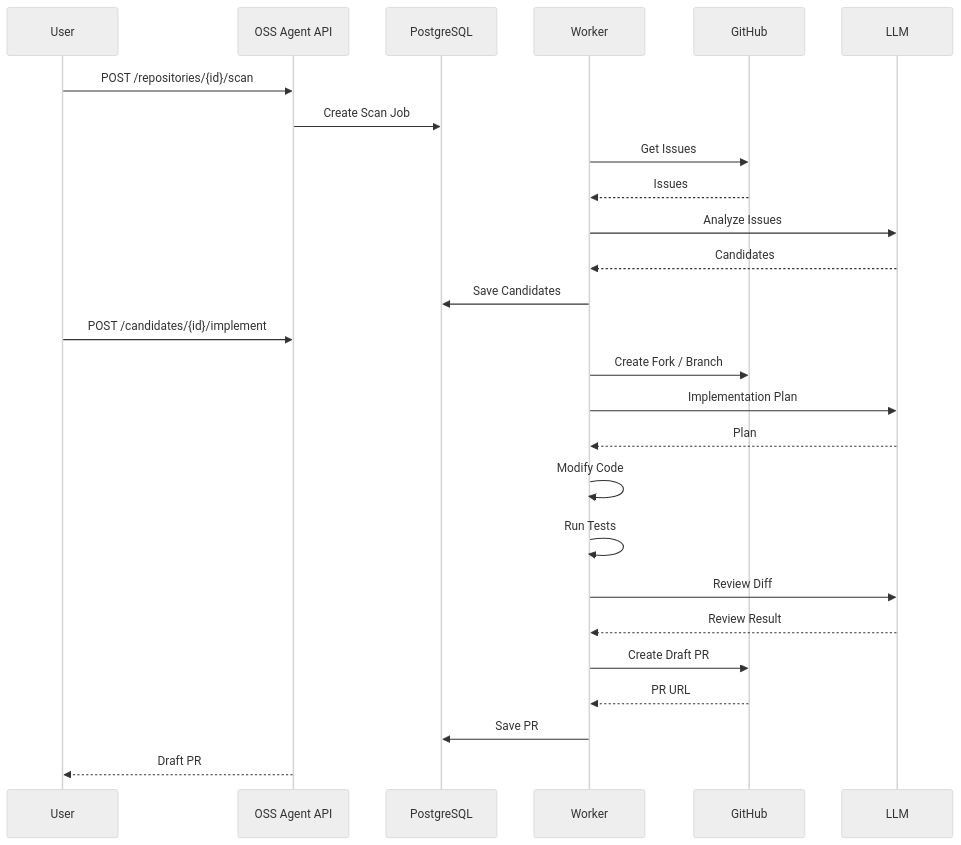
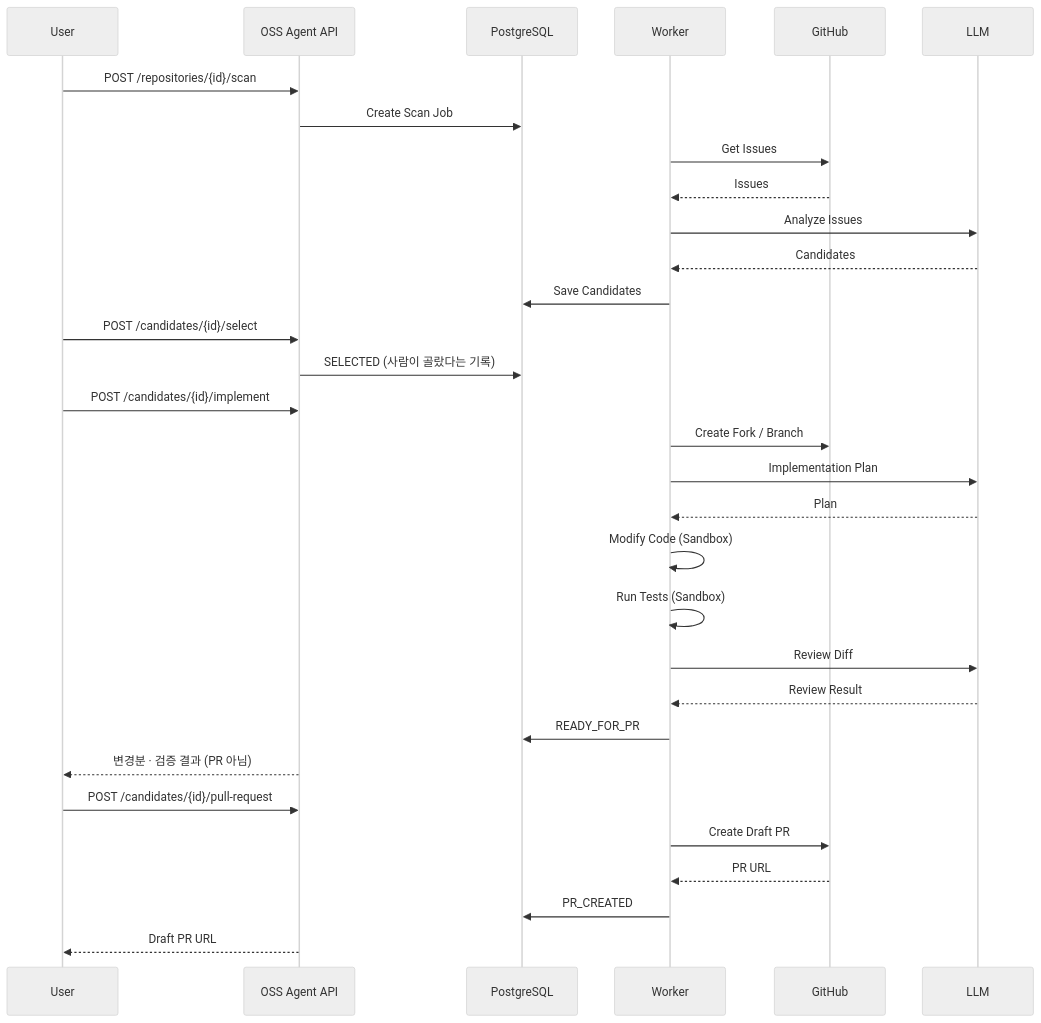
Diagram 22 of 32 in docs/ai-oss-contributor-agent-prd.md (smileboy0014/ai-oss-contributor-agent), drawn with Mermaid (neutral theme) before and after one commit. The commit also changed other lines of this file, not shown here.

````diff
--- a/docs/ai-oss-contributor-agent-prd.md
+++ b/docs/ai-oss-contributor-agent-prd.md
@@ -630,30 +644,37 @@
 ```mermaid
 sequenceDiagram
     participant U as User
     participant API as OSS Agent API
     participant DB as PostgreSQL
     participant W as Worker
     participant GH as GitHub
     participant LLM as LLM
 
     U->>API: POST /repositories/{id}/scan
     API->>DB: Create Scan Job
     W->>GH: Get Issues
     GH-->>W: Issues
     W->>LLM: Analyze Issues
     LLM-->>W: Candidates
     W->>DB: Save Candidates
 
+    U->>API: POST /candidates/{id}/select
+    API->>DB: SELECTED (사람이 골랐다는 기록)
+
     U->>API: POST /candidates/{id}/implement
     W->>GH: Create Fork / Branch
     W->>LLM: Implementation Plan
     LLM-->>W: Plan
-    W->>W: Modify Code
-    W->>W: Run Tests
+    W->>W: Modify Code (Sandbox)
+    W->>W: Run Tests (Sandbox)
     W->>LLM: Review Diff
     LLM-->>W: Review Result
+    W->>DB: READY_FOR_PR
+    API-->>U: 변경분 · 검증 결과 (PR 아님)
+
+    U->>API: POST /candidates/{id}/pull-request
     W->>GH: Create Draft PR
     GH-->>W: PR URL
-    W->>DB: Save PR
-    API-->>U: Draft PR
+    W->>DB: PR_CREATED
+    API-->>U: Draft PR URL
 ```
````
